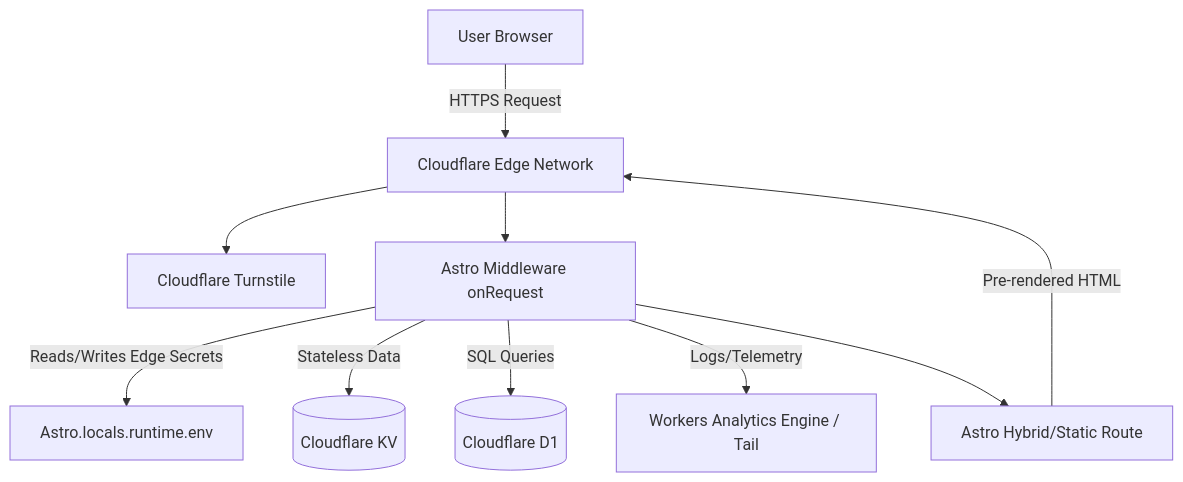
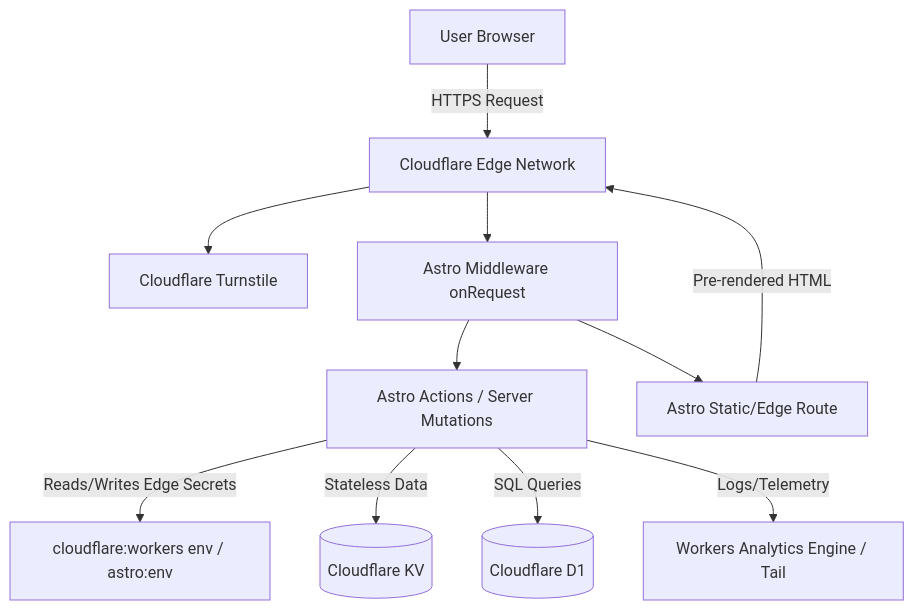
One commit to TerribleTurtle/TerribleTurtles.dev changed the diagram in Software_Design_Document.md. Above: the diagram before and after it, drawn with Mermaid. The commit also changed other lines of this file and 11 other files, not shown here.

First line of the commit message:
feat: complete Phase 2 UI and Phase 2.5 Astro 7 architecture migration

````diff
--- a/Software_Design_Document.md
+++ b/Software_Design_Document.md
@@ -22,12 +22,13 @@
 ```mermaid
 graph TD
     Client[User Browser] -->|HTTPS Request| CFEdge[Cloudflare Edge Network]
     CFEdge --> Turnstile[Cloudflare Turnstile]
     CFEdge --> Middleware[Astro Middleware onRequest]
-    Middleware -->|Reads/Writes Edge Secrets| EnvBindings[Astro.locals.runtime.env]
-    Middleware -->|Stateless Data| KV[(Cloudflare KV)]
-    Middleware -->|SQL Queries| D1[(Cloudflare D1)]
-    Middleware -->|Logs/Telemetry| Tail[Workers Analytics Engine / Tail]
-    Middleware --> PageRoute[Astro Hybrid/Static Route]
+    Middleware --> Actions[Astro Actions / Server Mutations]
+    Actions -->|Reads/Writes Edge Secrets| EnvBindings[cloudflare:workers env / astro:env]
+    Actions -->|Stateless Data| KV[(Cloudflare KV)]
+    Actions -->|SQL Queries| D1[(Cloudflare D1)]
+    Actions -->|Logs/Telemetry| Tail[Workers Analytics Engine / Tail]
+    Middleware --> PageRoute[Astro Static/Edge Route]
     PageRoute -->|Pre-rendered HTML| CFEdge
 ```
````
